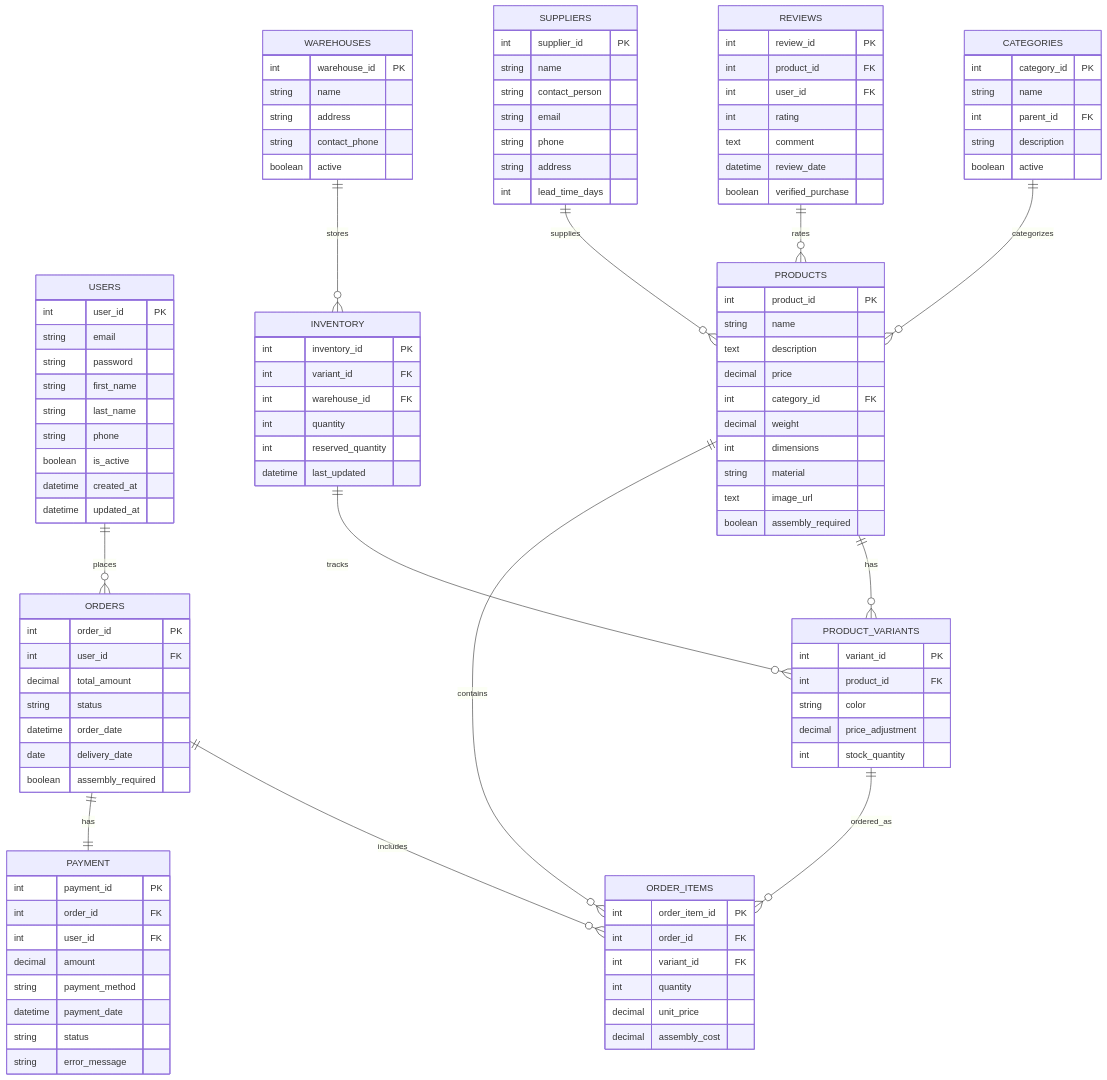
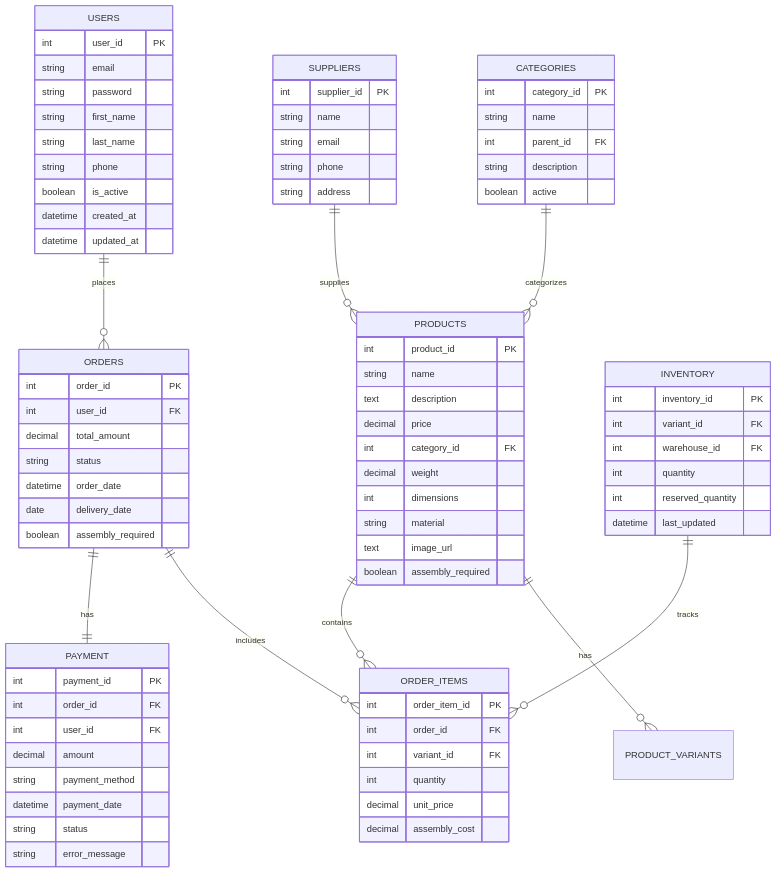
Before and after one commit to Akanksha-codes/furniture-webshop: the diagram in furniture_db_diagram.mermaid, drawn with Mermaid.

```diff
--- a/furniture_db_diagram.mermaid
+++ b/furniture_db_diagram.mermaid
@@ -1,118 +1,88 @@
 erDiagram
     USERS ||--o{ ORDERS : places
     USERS {
         int user_id PK
         string email
         string password
         string first_name
         string last_name
         string phone
         boolean is_active
         datetime created_at
         datetime updated_at
     }
     
     PRODUCTS ||--o{ PRODUCT_VARIANTS : has
     PRODUCTS ||--o{ ORDER_ITEMS : contains
     PRODUCTS {
         int product_id PK
         string name
         text description
         decimal price
         int category_id FK
         decimal weight
         int dimensions
         string material
         text image_url
         boolean assembly_required
     }
    CATEGORIES ||--o{ PRODUCTS : categorizes
     CATEGORIES {
         int category_id PK
         string name
         int parent_id FK
         string description
         boolean active
     }
 
     ORDERS ||--o{ ORDER_ITEMS : includes
     ORDERS ||--|| PAYMENT : has
     ORDERS {
         int order_id PK
         int user_id FK
         decimal total_amount
         string status
         datetime order_date
         date delivery_date
         boolean assembly_required
     }
 
     PAYMENT {
         int payment_id PK
         int order_id FK
         int user_id FK
         decimal amount
         string payment_method
         datetime payment_date
         string status
         string error_message
     }
 
-    PRODUCT_VARIANTS ||--o{ ORDER_ITEMS : ordered_as
-    PRODUCT_VARIANTS {
-        int variant_id PK
-        int product_id FK
-        string color
-        decimal price_adjustment
-        int stock_quantity
-    }
-
     ORDER_ITEMS {
         int order_item_id PK
         int order_id FK
         int variant_id FK
         int quantity
         decimal unit_price
         decimal assembly_cost
     }
 
-    INVENTORY ||--o{ PRODUCT_VARIANTS : tracks
+    INVENTORY ||--o{ ORDER_ITEMS : tracks
     INVENTORY {
         int inventory_id PK
         int variant_id FK
         int warehouse_id FK
         int quantity
         int reserved_quantity
         datetime last_updated
     }
 
-    WAREHOUSES ||--o{ INVENTORY : stores
-    WAREHOUSES {
-        int warehouse_id PK
-        string name
-        string address
-        string contact_phone
-        boolean active
-    }
-
-    REVIEWS ||--o{ PRODUCTS : rates
-    REVIEWS {
-        int review_id PK
-        int product_id FK
-        int user_id FK
-        int rating
-        text comment
-        datetime review_date
-        boolean verified_purchase
-    }
-
     SUPPLIERS ||--o{ PRODUCTS : supplies
     SUPPLIERS {
         int supplier_id PK
         string name
-        string contact_person
         string email
         string phone
         string address
-        int lead_time_days
+       
     }
```
